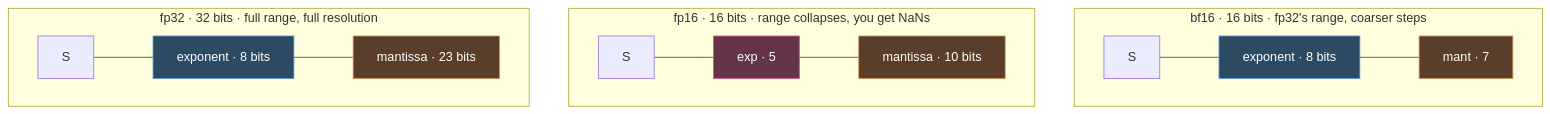
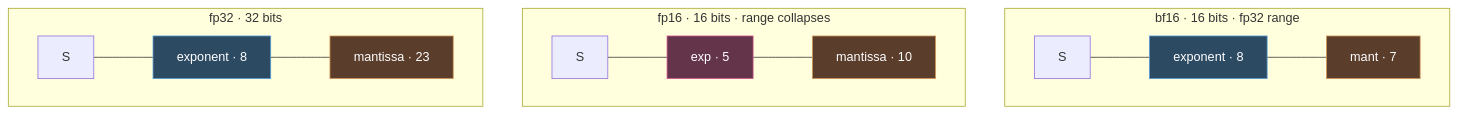
One commit to yaojiejia/mynotes changed the first of 6 diagrams in mynotes/cs336/2. Resource Accounting.md. Above: the diagram before and after it, drawn with Mermaid. The commit also changed other lines of this file and 8 other files, not shown here.

````diff
--- a/mynotes/cs336/2. Resource Accounting.md
+++ b/mynotes/cs336/2. Resource Accounting.md
@@ -70,23 +46,23 @@
 ```mermaid
 flowchart LR
-    subgraph f32 ["fp32 · 32 bits · full range, full resolution"]
+    subgraph f32 ["fp32 · 32 bits"]
         direction LR
-        A1["S"] --- A2["exponent · 8 bits"] --- A3["mantissa · 23 bits"]
+        A1["S"] --- A2["exponent · 8"] --- A3["mantissa · 23"]
     end
-    subgraph f16 ["fp16 · 16 bits · range collapses, you get NaNs"]
+    subgraph f16 ["fp16 · 16 bits · range collapses"]
         direction LR
-        B1["S"] --- B2["exp · 5"] --- B3["mantissa · 10 bits"]
+        B1["S"] --- B2["exp · 5"] --- B3["mantissa · 10"]
     end
-    subgraph bf ["bf16 · 16 bits · fp32's range, coarser steps"]
+    subgraph bf ["bf16 · 16 bits · fp32 range"]
         direction LR
-        C1["S"] --- C2["exponent · 8 bits"] --- C3["mant · 7"]
+        C1["S"] --- C2["exponent · 8"] --- C3["mant · 7"]
     end
     f32 ~~~ f16 ~~~ bf
 
     style A2 fill:#2d4a63,stroke:#5b9bd5,color:#fff
     style C2 fill:#2d4a63,stroke:#5b9bd5,color:#fff
     style B2 fill:#63344a,stroke:#d55b8f,color:#fff
     style A3 fill:#5a3d2b,stroke:#d59b5b,color:#fff
     style B3 fill:#5a3d2b,stroke:#d59b5b,color:#fff
     style C3 fill:#5a3d2b,stroke:#d59b5b,color:#fff
 ```
````
